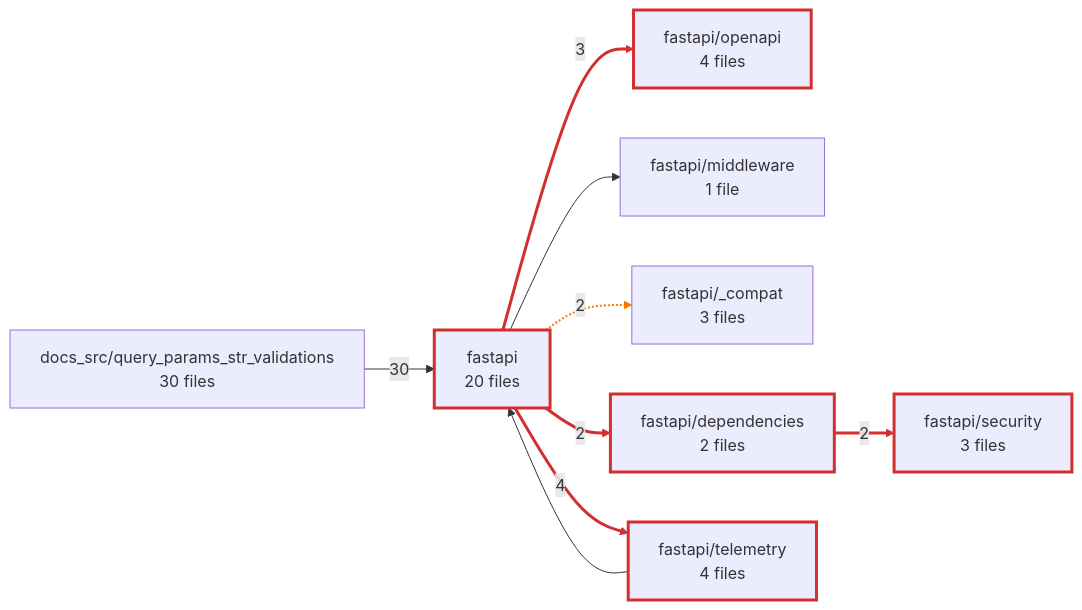
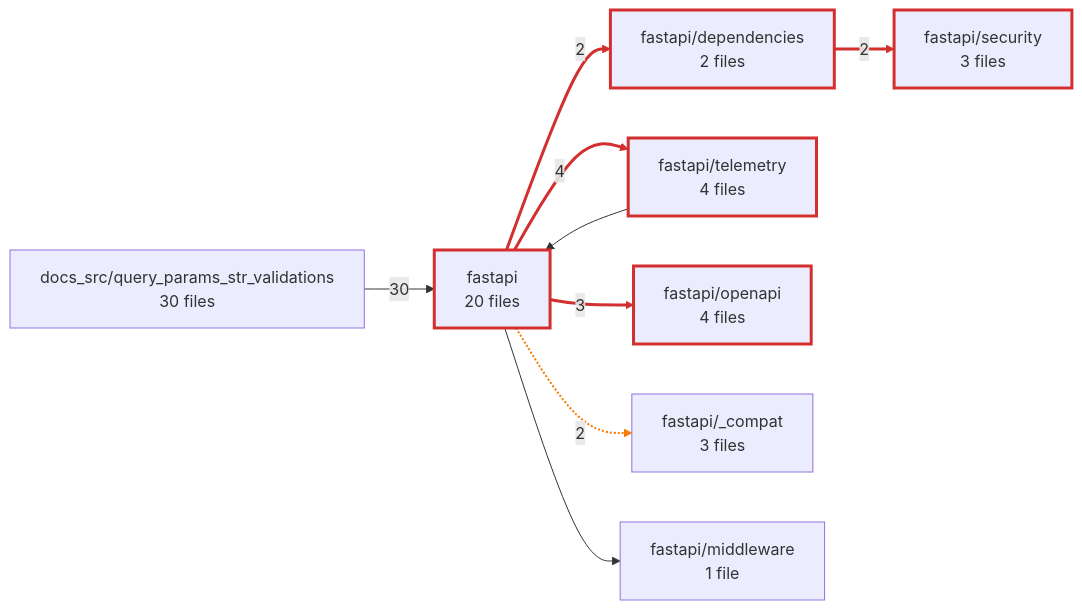
Before and after one commit to mohdzain98/gnost: diagram 30 of 36 in docs/gallery/fastapi/flow/folder-paths.md, drawn with Mermaid. The commit also changed other lines of this file and 38 other files, not shown here.

````diff
--- a/docs/gallery/fastapi/flow/folder-paths.md
+++ b/docs/gallery/fastapi/flow/folder-paths.md
@@ -2457,23 +2457,23 @@
 ```mermaid
 flowchart LR
+  dir_fastapi_dependencies["fastapi/dependencies<br/>2 files"]
+  dir_fastapi_security["fastapi/security<br/>3 files"]
+  dir_docs_src_query_params_str_validations["docs_src/query_params_str_validations<br/>30 files"]
   dir_fastapi["fastapi<br/>20 files"]
+  dir_fastapi_telemetry["fastapi/telemetry<br/>4 files"]
   dir_fastapi_openapi["fastapi/openapi<br/>4 files"]
-  dir_docs_src_query_params_str_validations["docs_src/query_params_str_validations<br/>30 files"]
+  dir_fastapi__compat["fastapi/_compat<br/>3 files"]
   dir_fastapi_middleware["fastapi/middleware<br/>1 file"]
-  dir_fastapi__compat["fastapi/_compat<br/>3 files"]
-  dir_fastapi_dependencies["fastapi/dependencies<br/>2 files"]
-  dir_fastapi_telemetry["fastapi/telemetry<br/>4 files"]
-  dir_fastapi_security["fastapi/security<br/>3 files"]
   dir_docs_src_query_params_str_validations -->|30| dir_fastapi
   dir_fastapi -.->|2| dir_fastapi__compat
   dir_fastapi ==>|2| dir_fastapi_dependencies
   dir_fastapi --> dir_fastapi_middleware
   dir_fastapi ==>|3| dir_fastapi_openapi
   dir_fastapi ==>|4| dir_fastapi_telemetry
   dir_fastapi_dependencies ==>|2| dir_fastapi_security
   dir_fastapi_telemetry --> dir_fastapi
   linkStyle 1 stroke:#f57c00,stroke-width:2px
   linkStyle 2,4,5,6 stroke:#d32f2f,stroke-width:3px
   classDef cycle stroke:#d32f2f,stroke-width:3px
-  class dir_fastapi,dir_fastapi_openapi,dir_fastapi_dependencies,dir_fastapi_telemetry,dir_fastapi_security cycle
+  class dir_fastapi_dependencies,dir_fastapi_security,dir_fastapi,dir_fastapi_telemetry,dir_fastapi_openapi cycle
 ```
````
